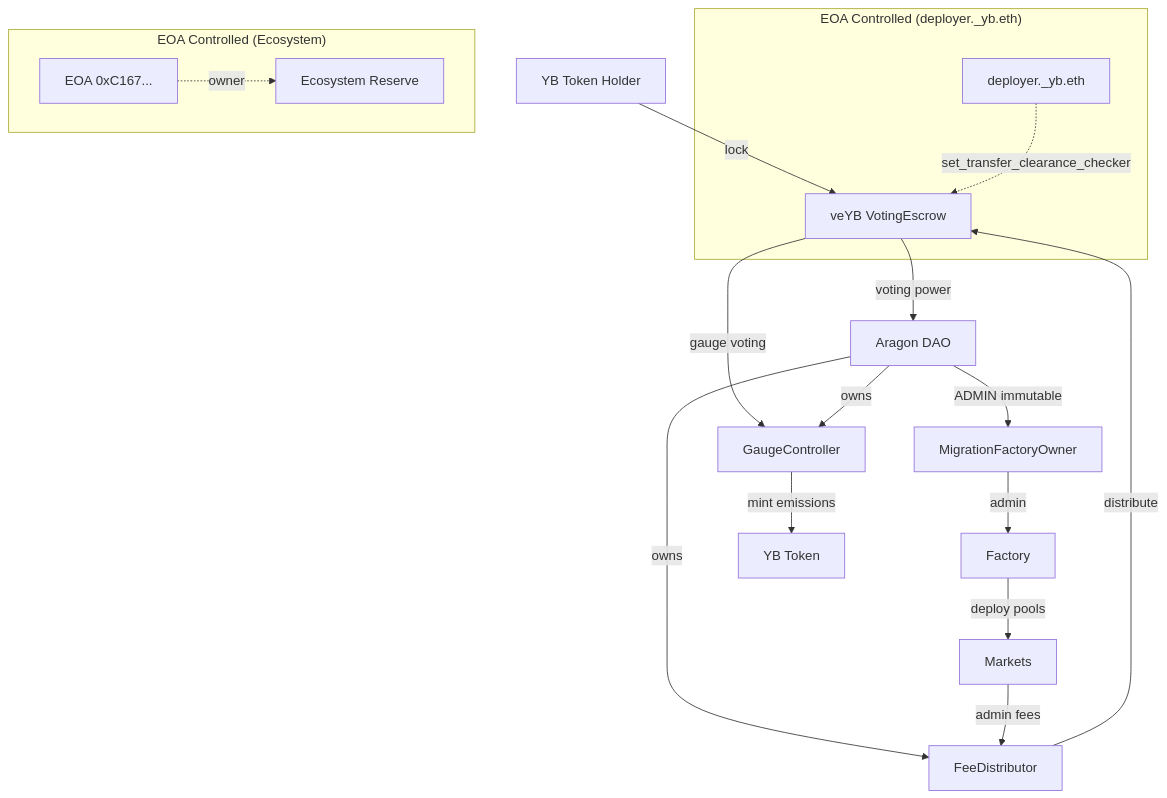
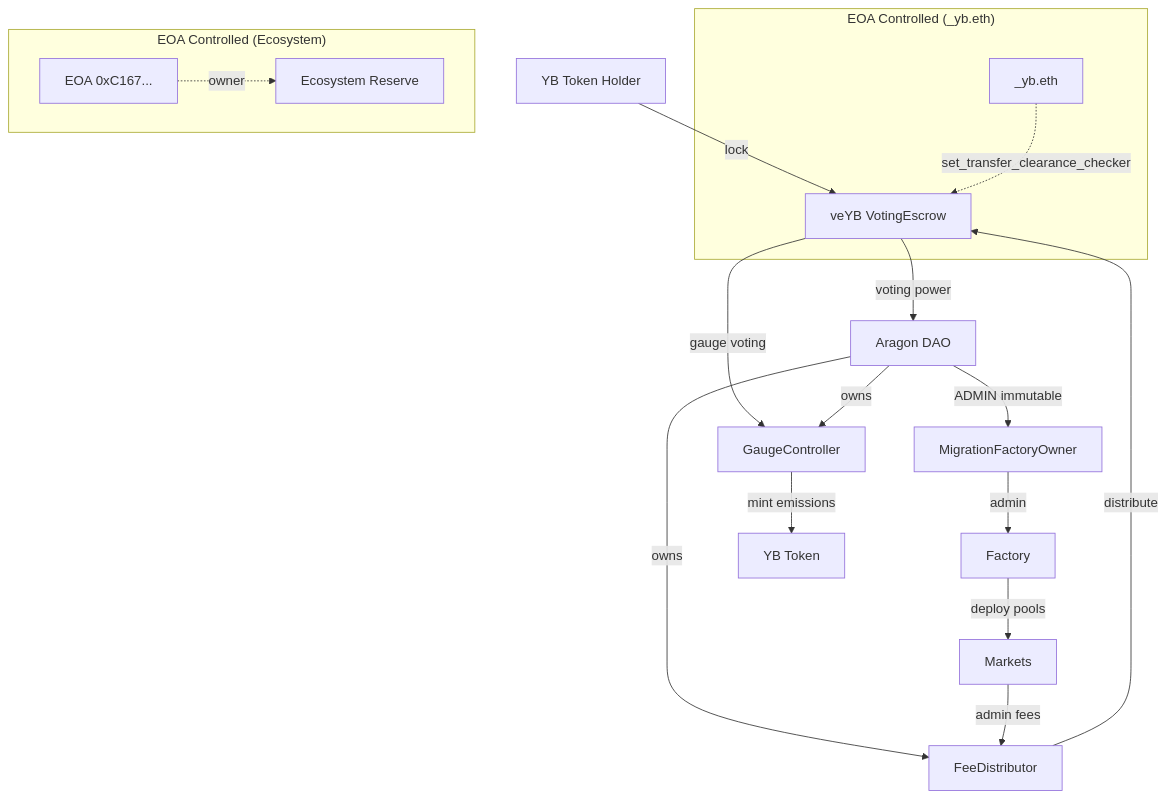
One commit to aragon/ownership-token-framework changed the diagram in research/yb-research.md. Above: the diagram before and after it, drawn with Mermaid. The commit also changed other lines of this file, not shown here.

````diff
--- a/research/yb-research.md
+++ b/research/yb-research.md
@@ -515,24 +501,24 @@
 ```mermaid
 graph TD
     YBHolder[YB Token Holder] -->|lock| VE[veYB VotingEscrow]
     VE -->|voting power| DAO[Aragon DAO]
     VE -->|gauge voting| GC[GaugeController]
 
     DAO -->|owns| GC
     DAO -->|owns| FD[FeeDistributor]
     DAO -->|ADMIN immutable| MFO[MigrationFactoryOwner]
     MFO -->|admin| Factory
 
     GC -->|mint emissions| YB[YB Token]
     Factory -->|deploy pools| Markets
     Markets -->|admin fees| FD
     FD -->|distribute| VE
 
-    subgraph "EOA Controlled (deployer._yb.eth)"
-        VEOwner[deployer._yb.eth] -.->|set_transfer_clearance_checker| VE
+    subgraph "EOA Controlled (_yb.eth)"
+        VEOwner[_yb.eth] -.->|set_transfer_clearance_checker| VE
     end
 
     subgraph "EOA Controlled (Ecosystem)"
         EcosystemOwner[EOA 0xC167...] -.->|owner| EcoRes[Ecosystem Reserve]
     end
 ```
````
